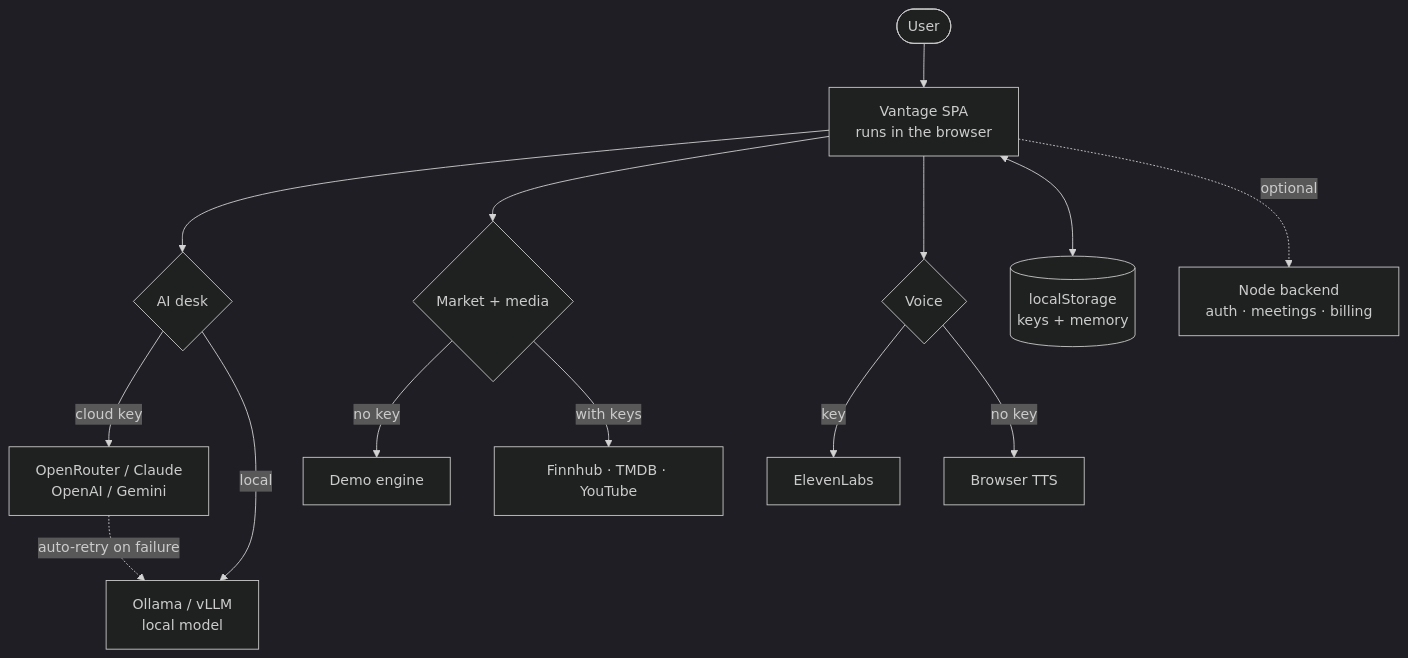
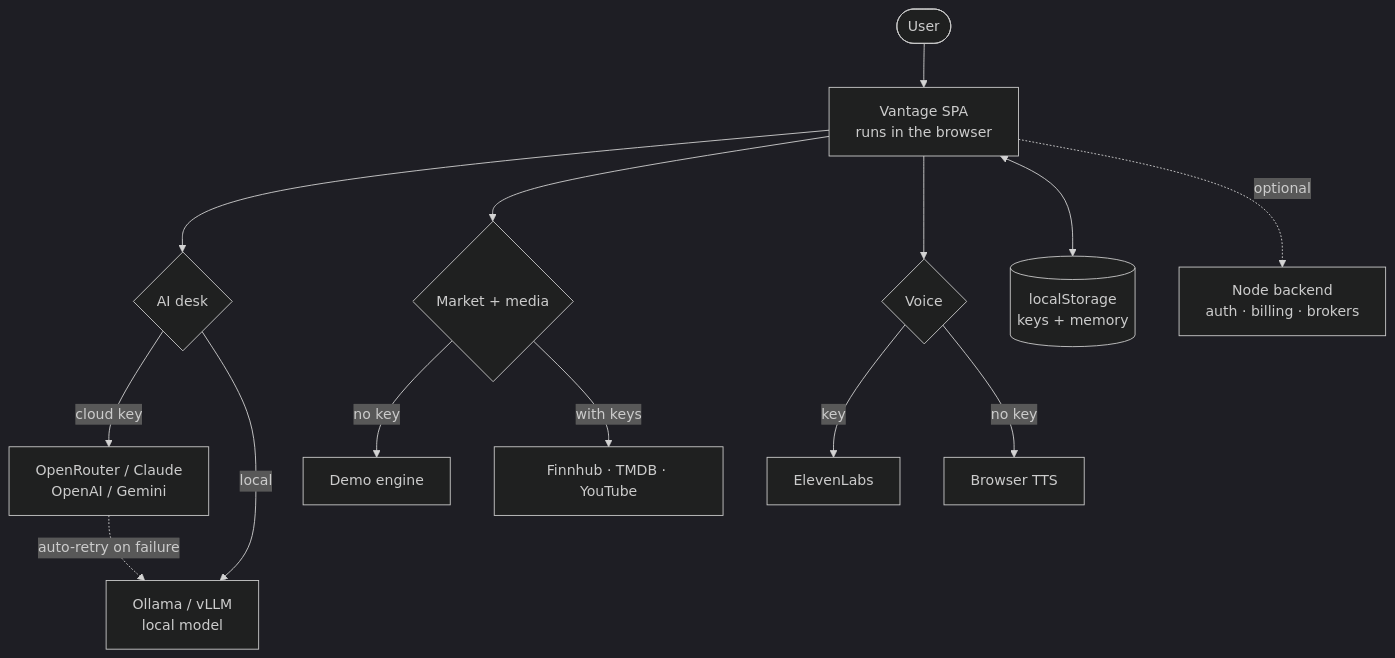
The diagram in README.md (ryanwien/VantageApplication), drawn with Mermaid (dark theme) before and after one commit. The commit also changed other lines of this file, not shown here.

````diff
--- a/README.md
+++ b/README.md
@@ -27,20 +27,20 @@
 ```mermaid
 flowchart TD
     U([User]) --> UI["Vantage SPA<br/>runs in the browser"]
 
     UI --> DESK{AI desk}
     DESK -->|cloud key| CLOUD["OpenRouter / Claude<br/>OpenAI / Gemini"]
     DESK -->|local| LOCAL["Ollama / vLLM<br/>local model"]
     CLOUD -.->|auto-retry on failure| LOCAL
 
     UI --> DATA{Market + media}
     DATA -->|no key| DEMO["Demo engine"]
     DATA -->|with keys| FEEDS["Finnhub · TMDB · YouTube"]
 
     UI --> VOICE{Voice}
     VOICE -->|key| EL["ElevenLabs"]
     VOICE -->|no key| TTS["Browser TTS"]
 
     UI <--> LS[("localStorage<br/>keys + memory")]
-    UI -.optional.-> BE["Node backend<br/>auth · meetings · billing"]
+    UI -.optional.-> BE["Node backend<br/>auth · billing · brokers"]
 ```
````
